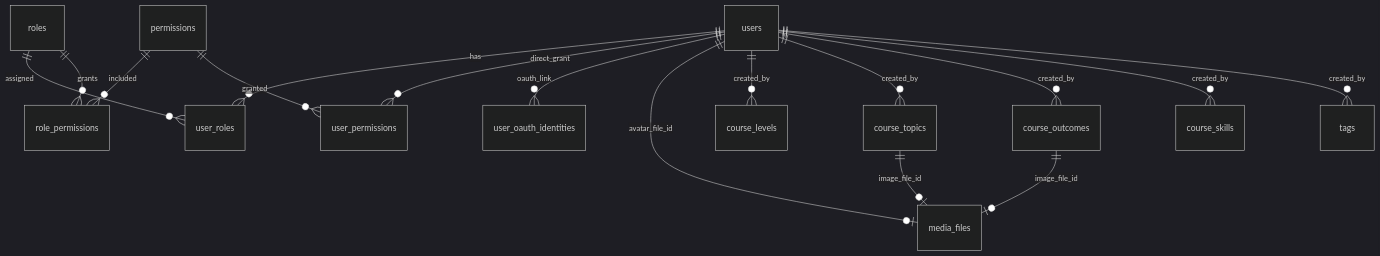
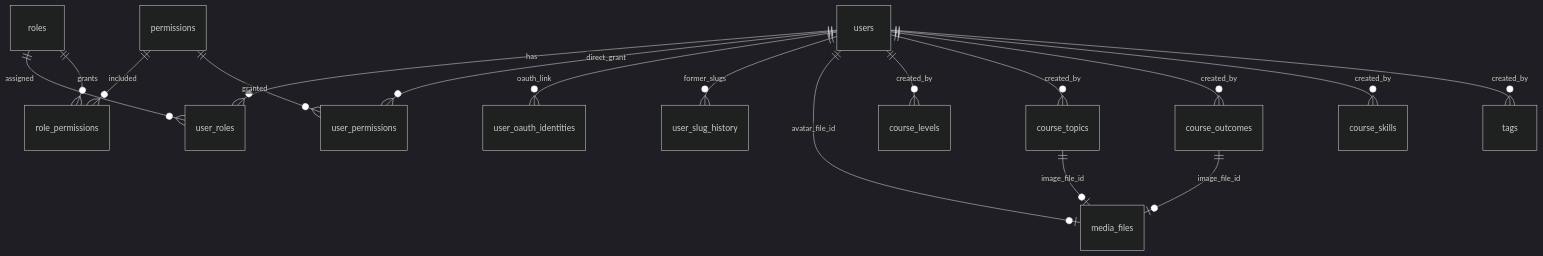
The diagram in docs/database.md (lkienkle11/be-mycourse), drawn with Mermaid (dark theme) before and after one commit. The commit also changed other lines of this file and 23 other files, not shown here.

Commit message:
docs: document user slug and shared slug resolver

````diff
--- a/docs/database.md
+++ b/docs/database.md
@@ -115,18 +116,19 @@
 ```mermaid
 erDiagram
     users ||--o{ user_roles : has
     roles ||--o{ user_roles : assigned
     roles ||--o{ role_permissions : grants
     permissions ||--o{ role_permissions : included
     users ||--o{ user_permissions : direct_grant
     permissions ||--o{ user_permissions : granted
     users ||--o{ user_oauth_identities : oauth_link
+    users ||--o{ user_slug_history : former_slugs
     users ||--o| media_files : avatar_file_id
     course_topics ||--o| media_files : image_file_id
     course_outcomes ||--o| media_files : image_file_id
     users ||--o{ course_levels : created_by
     users ||--o{ course_topics : created_by
     users ||--o{ course_outcomes : created_by
     users ||--o{ course_skills : created_by
     users ||--o{ tags : created_by
 ```
````
